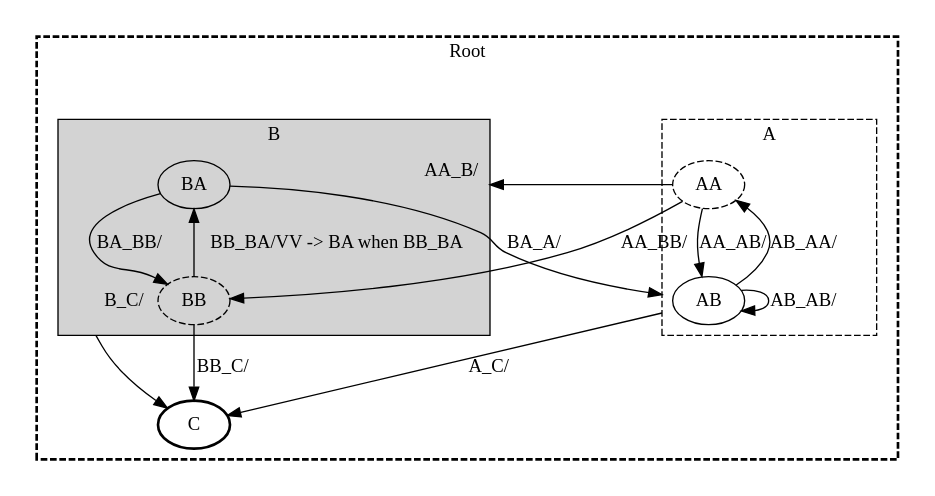
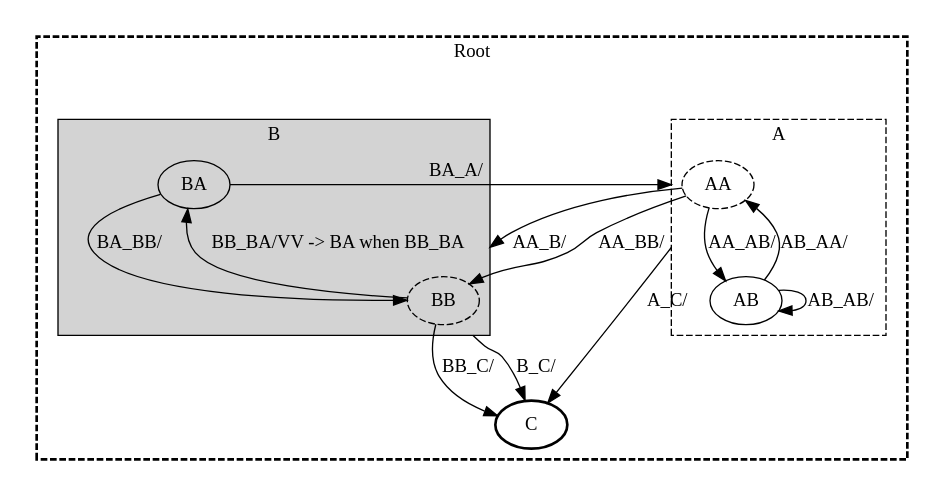
The diagram in net.tangly.fsm/src/site/pics/fsm-test.dot (tangly-team/tangly-os), drawn with Graphviz before and after one commit. The commit also changed 2 other files, not shown here.

```diff
--- a/net.tangly.fsm/src/site/pics/fsm-test.dot
+++ b/net.tangly.fsm/src/site/pics/fsm-test.dot
@@ -1,64 +1,64 @@
 digraph G {
   compound=true;
 
   subgraph cluster1000 {
     style=invis;
     subgraph cluster0 {
       style="visible, dashed, bold";
       label = "Root"
       subgraph cluster1001 {
         style=invis;
         subgraph cluster1 {
           style="visible, dashed";
           label = "A"
           AA [style="dashed"];
           AB [];
         }
       }
       subgraph cluster1004 {
         style=invis;
         subgraph cluster4 {
           style="visible, filled";
           label = "B"
           BA [style="filled"];
           BB [style="dashed"];
         }
       }
       C [style="bold"];
     }
   }
   subgraph cluster1001 {
     style=invis;
     subgraph cluster1 {
       style="visible, dashed";
       label = "A"
       AA [style="dashed"];
       AB [];
     }
   }
   AA [style="dashed"];
   AB [];
   subgraph cluster1004 {
     style=invis;
     subgraph cluster4 {
       style="visible, filled";
       label = "B"
       BA [style="filled"];
       BB [style="dashed"];
     }
   }
   BA [style="filled"];
   BB [style="dashed"];
   C [style="bold"];
-  AB -> C [ltail=cluster1, label="A_C/"];
+  AA -> C [ltail=cluster1, label="A_C/"];
   AA -> AB [label="AA_AB/"];
-  AA -> BA [lhead=cluster4, label="AA_B/"];
+  AA -> BB [lhead=cluster4, label="AA_B/"];
   AA -> BB [label="AA_BB/"];
   AB -> AA [label="AB_AA/"];
   AB -> AB [label="AB_AB/"];
-  BA -> C [ltail=cluster4, label="B_C/"];
-  BA -> AB [lhead=cluster1, label="BA_A/"];
+  BB -> C [ltail=cluster4, label="B_C/"];
+  BA -> AA [lhead=cluster1, label="BA_A/"];
   BA -> BB [label="BA_BB/"];
   BB -> BA [label="BB_BA/VV -> BA when BB_BA"];
   BB -> C [label="BB_C/"];
 }
```
